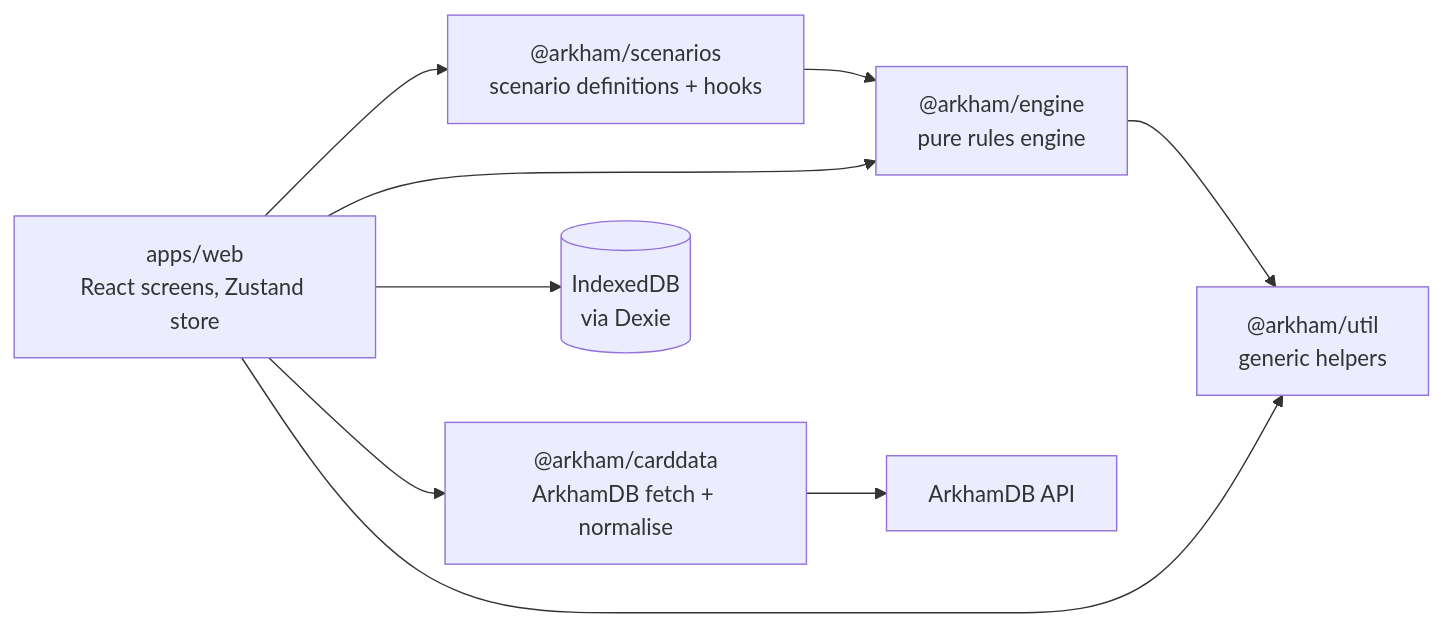
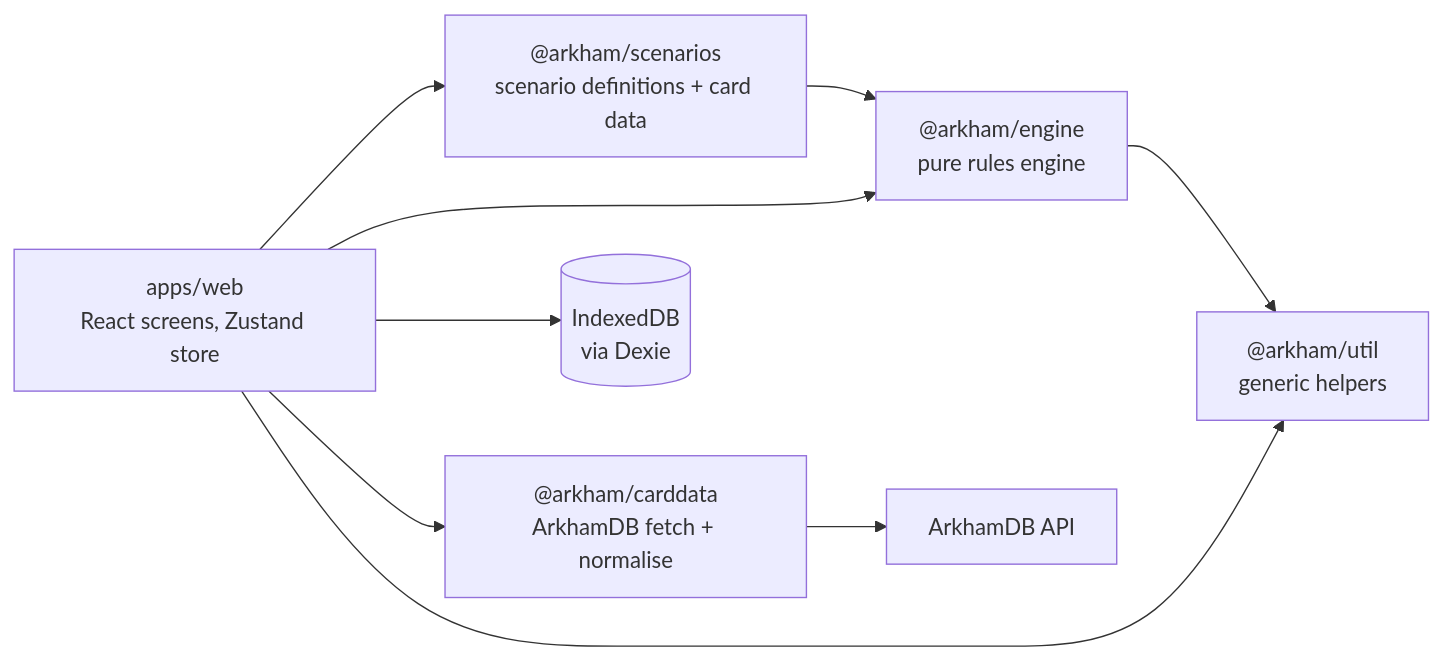
One commit to macandy13/arkham-companion changed the first of 2 diagrams in docs/architecture.md. Above: the diagram before and after it, drawn with Mermaid. The commit also changed other lines of this file and 21 other files, not shown here.

First line of the commit message:
refactor(engine): remove ScenarioHooks; forced effects are card abilities only (P1 slice 5d2b)

````diff
--- a/docs/architecture.md
+++ b/docs/architecture.md
@@ -13,16 +13,16 @@
 ```mermaid
 flowchart LR
   WEB["apps/web<br/>React screens, Zustand store"]
-  SCN["@arkham/scenarios<br/>scenario definitions + hooks"]
+  SCN["@arkham/scenarios<br/>scenario definitions + card data"]
   ENG["@arkham/engine<br/>pure rules engine"]
   CD["@arkham/carddata<br/>ArkhamDB fetch + normalise"]
   UTIL["@arkham/util<br/>generic helpers"]
   IDB[("IndexedDB<br/>via Dexie")]
   ADB["ArkhamDB API"]
   WEB --> SCN --> ENG --> UTIL
   WEB --> ENG
   WEB --> UTIL
   WEB --> CD
   WEB --> IDB
   CD --> ADB
 ```
````
